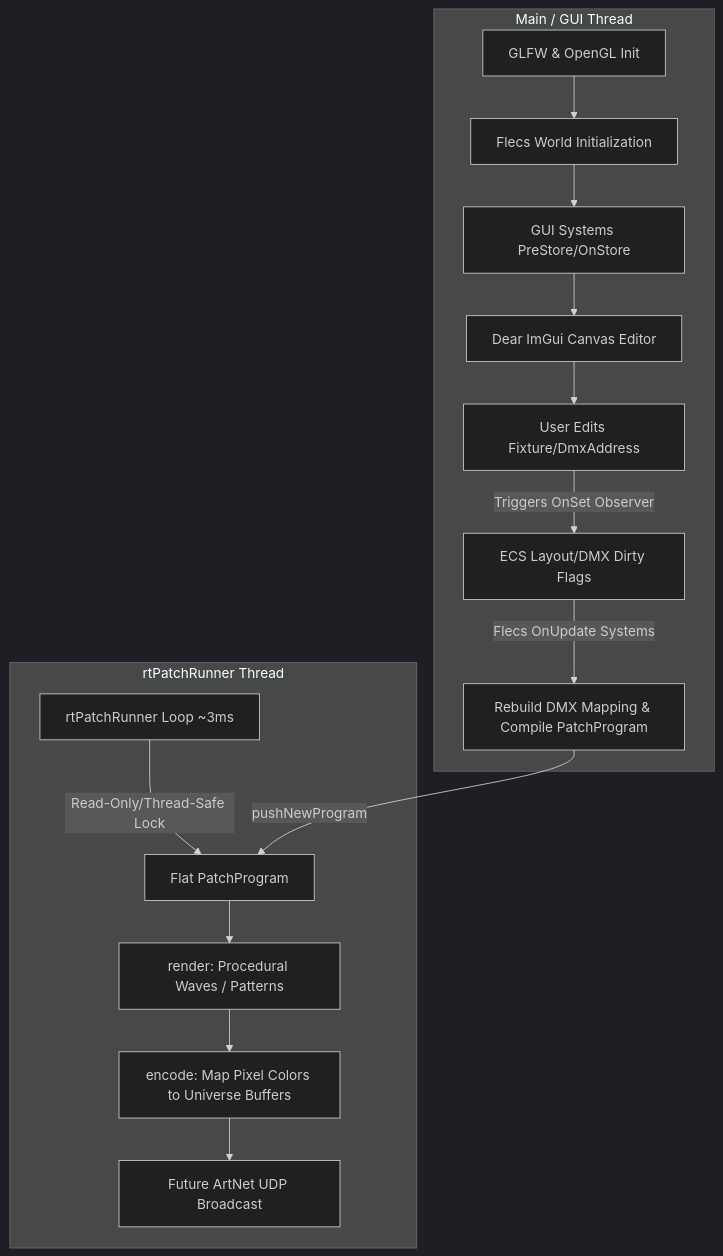
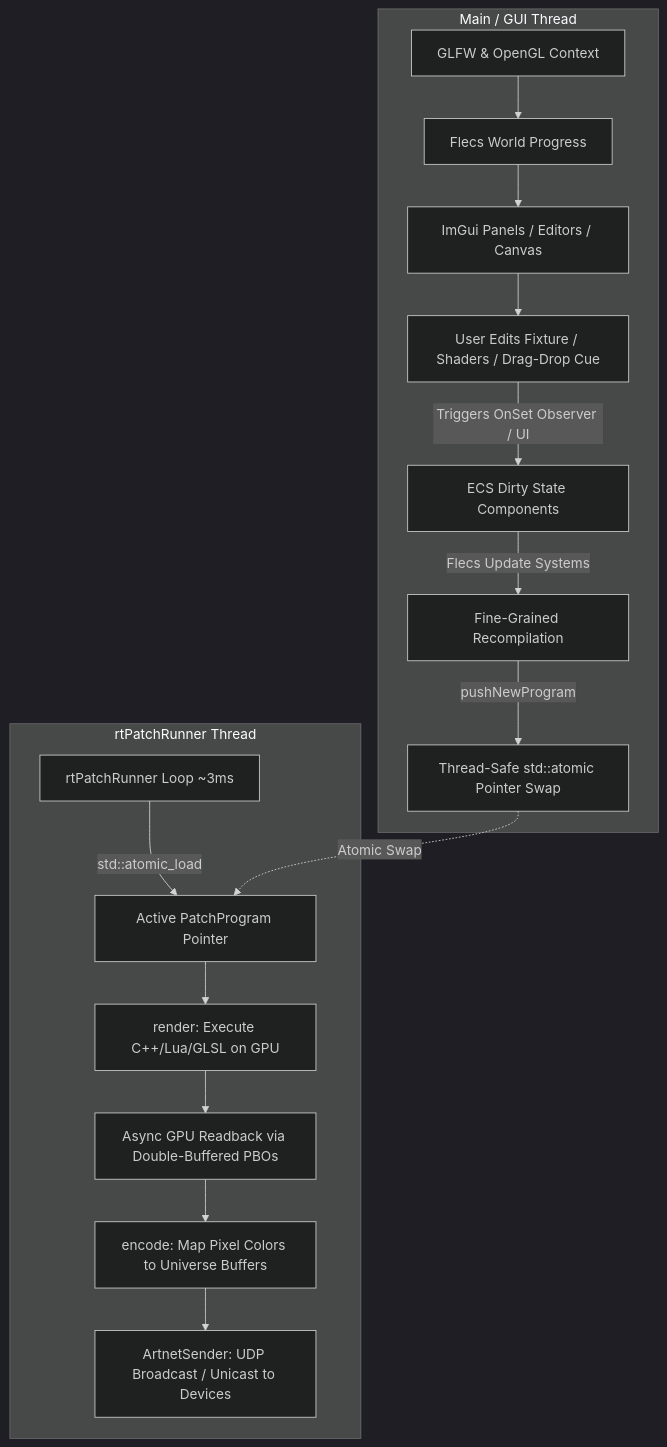
The diagram in ARCHITECTURE.md (Guistac/PixelMapper), drawn with Mermaid (dark theme) before and after one commit. The commit also changed other lines of this file and 1 other file, not shown here.

Commit message:
docs: Update architecture guide and sprint checklist

````diff
--- a/ARCHITECTURE.md
+++ b/ARCHITECTURE.md
@@ -32,20 +36,21 @@
 ```mermaid
 graph TD
     subgraph Main Thread [Main / GUI Thread]
-        A[GLFW & OpenGL Init] --> B[Flecs World Initialization]
-        B --> C[GUI Systems PreStore/OnStore]
-        C --> D[Dear ImGui Canvas Editor]
-        D --> E[User Edits Fixture/DmxAddress]
-        E -->|Triggers OnSet Observer| F[ECS Layout/DMX Dirty Flags]
-        F -->|Flecs OnUpdate Systems| G[Rebuild DMX Mapping & Compile PatchProgram]
+        A[GLFW & OpenGL Context] --> B[Flecs World Progress]
+        B --> C[ImGui Panels / Editors / Canvas]
+        C --> D[User Edits Fixture / Shaders / Drag-Drop Cue]
+        D -->|Triggers OnSet Observer / UI| E[ECS Dirty State Components]
+        E -->|Flecs Update Systems| F[Fine-Grained Recompilation]
+        F -->|pushNewProgram| G[Thread-Safe std::atomic Pointer Swap]
     end
 
     subgraph Real-Time Thread [rtPatchRunner Thread]
-        H[rtPatchRunner Loop ~3ms] -->|Read-Only/Thread-Safe Lock| I[Flat PatchProgram]
-        I --> J[render: Procedural Waves / Patterns]
-        J --> K[encode: Map Pixel Colors to Universe Buffers]
-        K --> L[Future ArtNet UDP Broadcast]
+        H[rtPatchRunner Loop ~3ms] -->|std::atomic_load| I[Active PatchProgram Pointer]
+        I --> J[render: Execute C++/Lua/GLSL on GPU]
+        J --> K[Async GPU Readback via Double-Buffered PBOs]
+        K --> L[encode: Map Pixel Colors to Universe Buffers]
+        L --> M[ArtnetSender: UDP Broadcast / Unicast to Devices]
     end
 
-    G -->|pushNewProgram| I
+    G -.->|Atomic Swap| I
 ```
````
